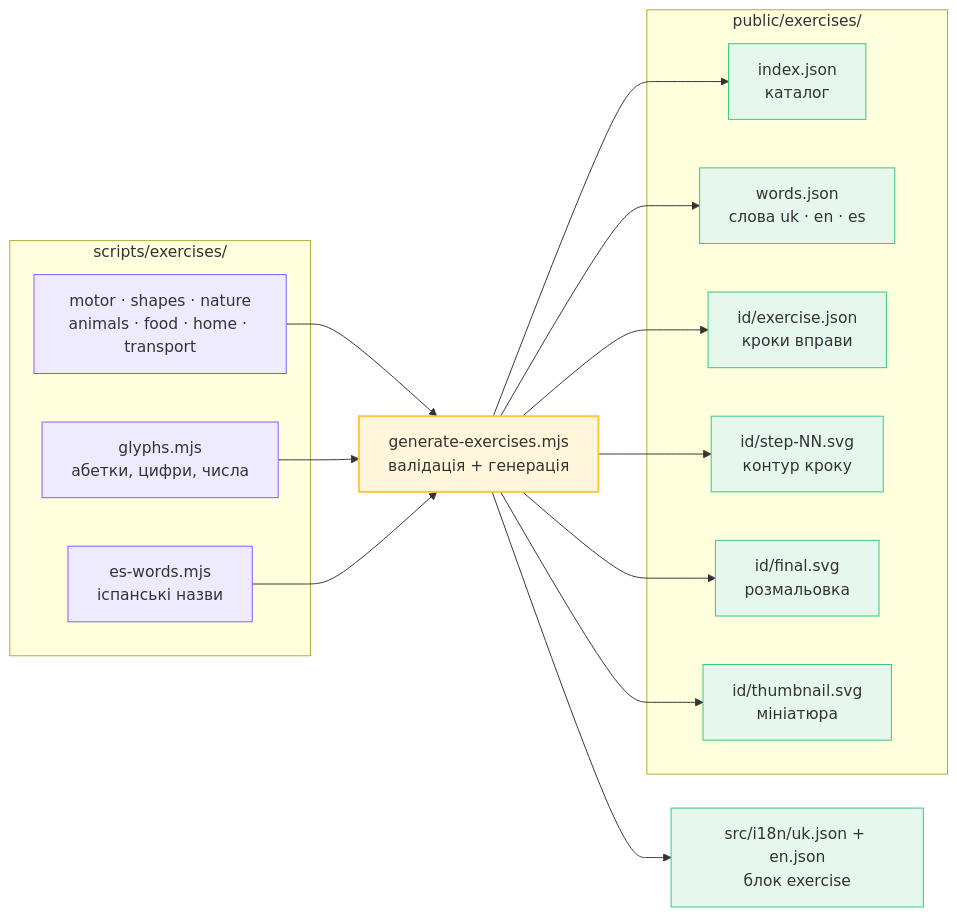
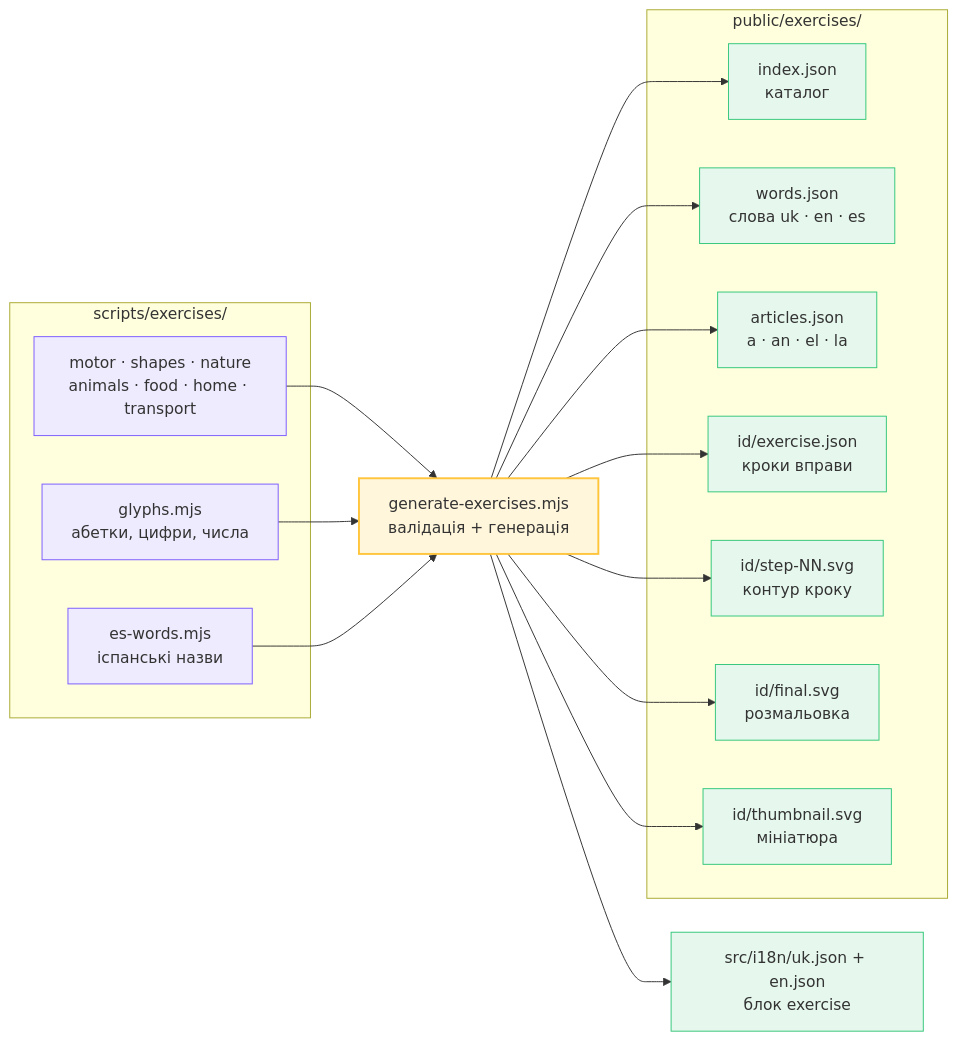
One commit to PolukovY/drawli changed the fifth of 13 diagrams in doc/arch.md. Above: the diagram before and after it, drawn with Mermaid. The commit also changed other lines of this file and 27 other files, not shown here.

````diff
--- a/doc/arch.md
+++ b/doc/arch.md
@@ -144,39 +145,41 @@
 ```mermaid
 graph LR
     subgraph src["scripts/exercises/"]
         cat["motor · shapes · nature<br/>animals · food · home · transport"]
         gly["glyphs.mjs<br/>абетки, цифри, числа"]
         es["es-words.mjs<br/>іспанські назви"]
     end
 
     gen["generate-exercises.mjs<br/>валідація + генерація"]
 
     subgraph out["public/exercises/"]
         idx["index.json<br/>каталог"]
         words["words.json<br/>слова uk · en · es"]
+        arts["articles.json<br/>a · an · el · la"]
         ex["id/exercise.json<br/>кроки вправи"]
         steps["id/step-NN.svg<br/>контур кроку"]
         final["id/final.svg<br/>розмальовка"]
         thumb["id/thumbnail.svg<br/>мініатюра"]
     end
 
     i18nout["src/i18n/uk.json + en.json<br/>блок exercise"]
 
     cat --> gen
     gly --> gen
     es --> gen
     gen --> idx
     gen --> words
+    gen --> arts
     gen --> ex
     gen --> steps
     gen --> final
     gen --> thumb
     gen --> i18nout
 
     classDef s fill:#EFEBFF,stroke:#7C5CFF
     classDef g fill:#FFF6DC,stroke:#FFC53D,stroke-width:2px
     classDef o fill:#E6F8EE,stroke:#34C77B
     class cat,gly,es s
     class gen g
-    class idx,words,ex,steps,final,thumb,i18nout o
+    class idx,words,arts,ex,steps,final,thumb,i18nout o
 ```
````
